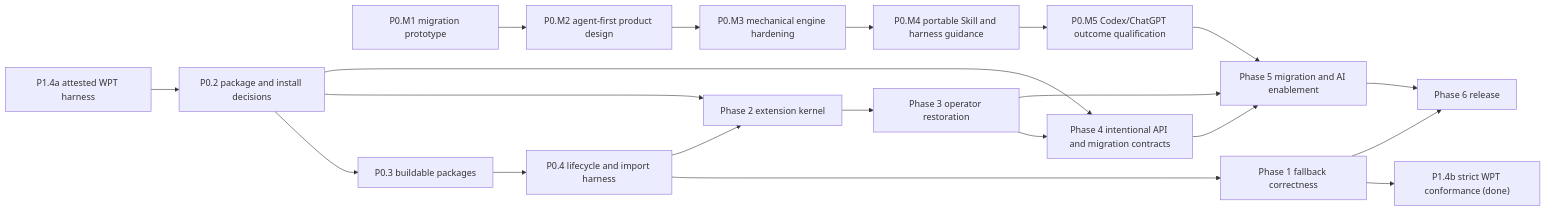
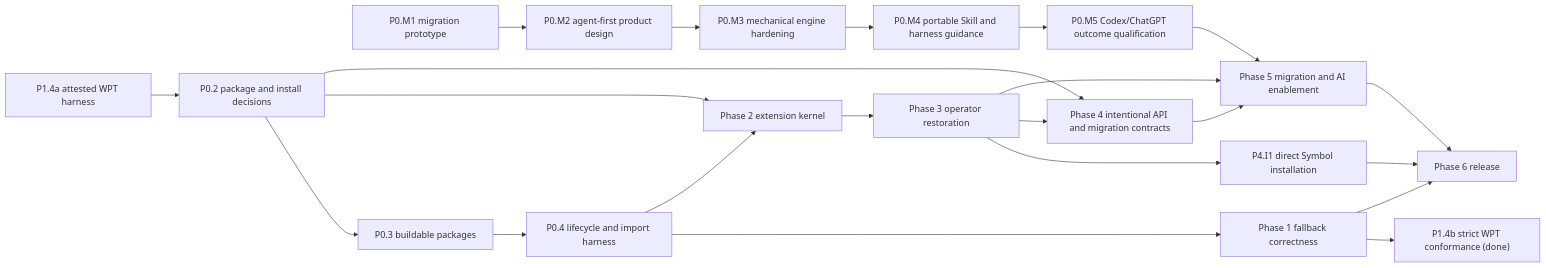
The diagram in docs/rxjs-next/PROJECT_PLAN.md (ReactiveX/rxjs), drawn with Mermaid before and after one commit. The commit also changed other lines of this file and 4 other files, not shown here.

Commit message:
docs(rxjs-next): accept direct Symbol installation

````diff
--- a/docs/rxjs-next/PROJECT_PLAN.md
+++ b/docs/rxjs-next/PROJECT_PLAN.md
@@ -1424,22 +1455,24 @@
 ```mermaid
 flowchart LR
     MigratePrototype["P0.M1 migration prototype"] --> MigrationDesign["P0.M2 agent-first product design"]
     MigrationDesign --> Mechanical["P0.M3 mechanical engine hardening"]
     Mechanical --> PortableSkill["P0.M4 portable Skill and harness guidance"]
     PortableSkill --> AgentQualification["P0.M5 Codex/ChatGPT outcome qualification"]
     WptHarness["P1.4a attested WPT harness"] --> Boundary["P0.2 package and install decisions"]
     Boundary --> Build["P0.3 buildable packages"]
     Build --> Harness["P0.4 lifecycle and import harness"]
     Harness --> Fallback["Phase 1 fallback correctness"]
     Fallback --> WptStrict["P1.4b strict WPT conformance (done)"]
     Boundary --> Kernel["Phase 2 extension kernel"]
     Harness --> Kernel
     Kernel --> Operators["Phase 3 operator restoration"]
+    Operators --> DirectInstall["P4.I1 direct Symbol installation"]
     Boundary --> Evidence["Phase 4 intentional API and migration contracts"]
     Operators --> Evidence
     Evidence --> Migration["Phase 5 migration and AI enablement"]
     Operators --> Migration
     AgentQualification --> Migration
     Fallback --> Release["Phase 6 release"]
+    DirectInstall --> Release
     Migration --> Release
 ```
````
